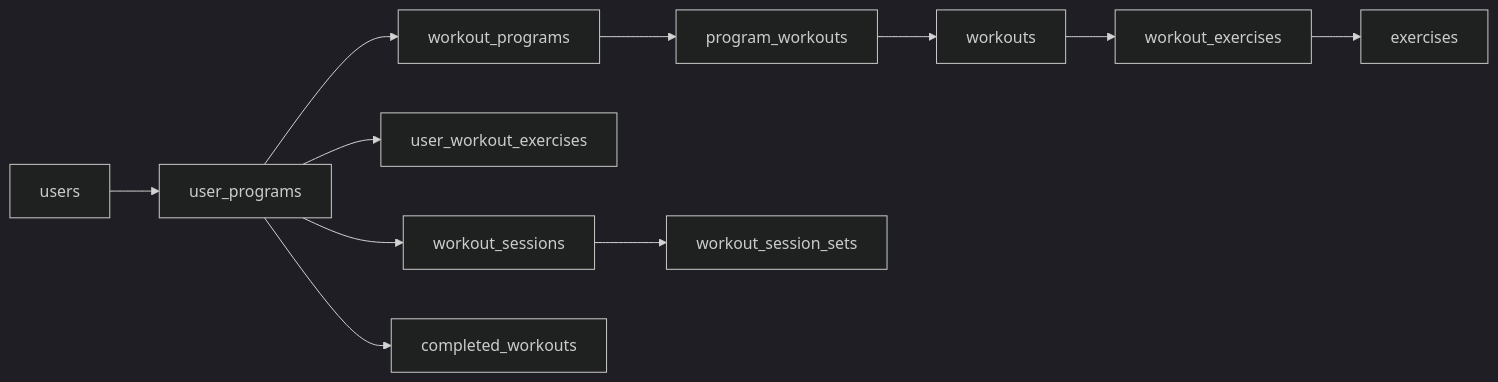
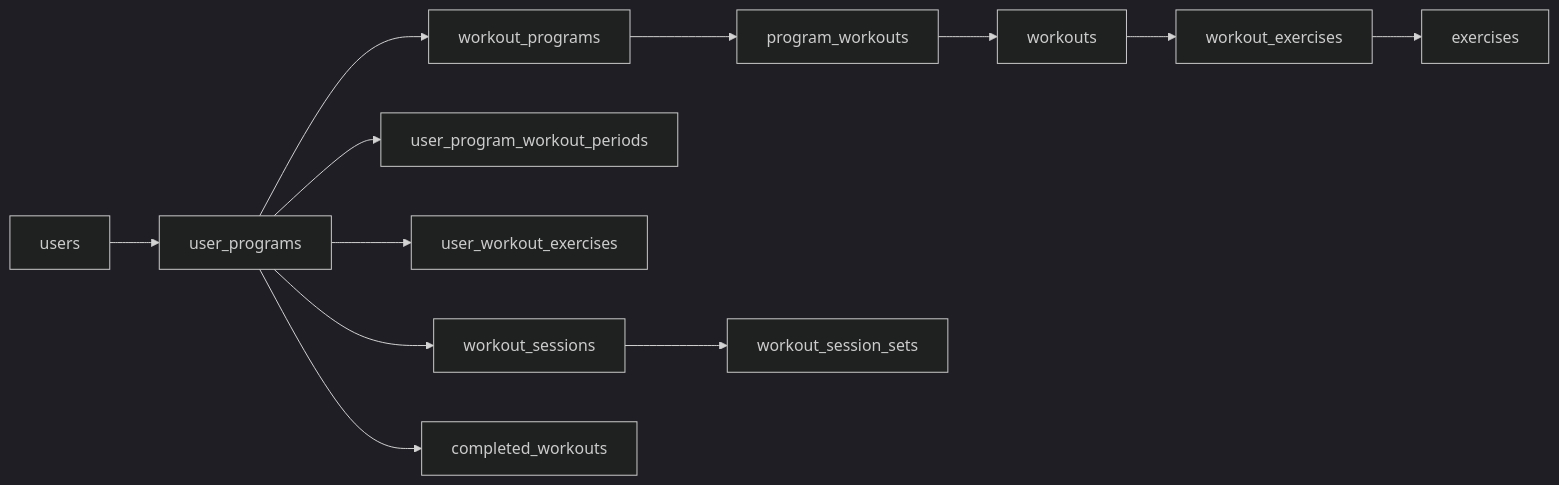
Before and after one commit to dimitarradulov/one-set: the diagram in docs/database/README.md, drawn with Mermaid (dark theme). The commit also changed other lines of this file and 26 other files, not shown here.

````diff
--- a/docs/database/README.md
+++ b/docs/database/README.md
@@ -23,13 +24,14 @@
 ```mermaid
 flowchart LR
   P[workout_programs] --> PW[program_workouts]
   PW --> W[workouts]
   W --> WE[workout_exercises]
   WE --> E[exercises]
   U[users] --> R[user_programs]
   R --> P
+  R --> PERIODS[user_program_workout_periods]
   R --> PREF[user_workout_exercises]
   R --> S[workout_sessions]
   S --> SET[workout_session_sets]
   R --> C[completed_workouts]
 ```
````
